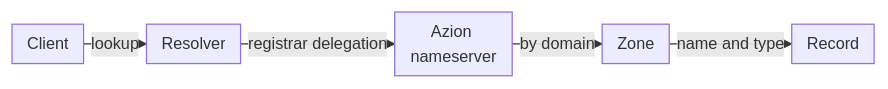
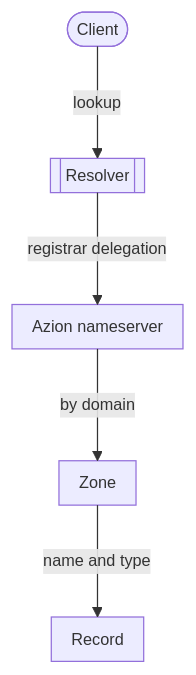
Before and after one commit to aziontech/docs: the first of 6 diagrams in apps/docs/src/content/docs/en/pages/secure/edge-dns/how-it-works.mdx, drawn with Mermaid. The commit also changed other lines of this file and 179 other files, not shown here.

Commit message:
docs(diagrams): redraw every other diagram in the use-case diagram style (#2513)

````diff
--- a/apps/docs/src/content/docs/en/pages/secure/edge-dns/how-it-works.mdx
+++ b/apps/docs/src/content/docs/en/pages/secure/edge-dns/how-it-works.mdx
@@ -26,8 +26,8 @@
 ```mermaid
-%%{init: {"layout": "dagre", "themeVariables": {"fontSize": "13px"}, "flowchart": {"nodeSpacing": 12, "rankSpacing": 12, "padding": 6, "wrappingWidth": 70, "minNodeWidth": 40, "useMaxWidth": true}}}%%
-flowchart LR
-  Cli["Client"] -->|"lookup"| Res["Resolver"]
+%%{init: {"layout": "elk", "themeVariables": {"fontSize": "13px"}, "flowchart": {"nodeSpacing": 24, "rankSpacing": 36, "padding": 8, "wrappingWidth": 150, "useMaxWidth": true}, "sequence": {"width": 120, "actorMargin": 30, "useMaxWidth": true}}}%%
+flowchart TD
+  Cli(["Client"]) -->|"lookup"| Res[["Resolver"]]
   Res -->|"registrar delegation"| Ns["Azion nameserver"]
   Ns -->|"by domain"| Zone["Zone"]
   Zone -->|"name and type"| Rec["Record"]
 ```
````
